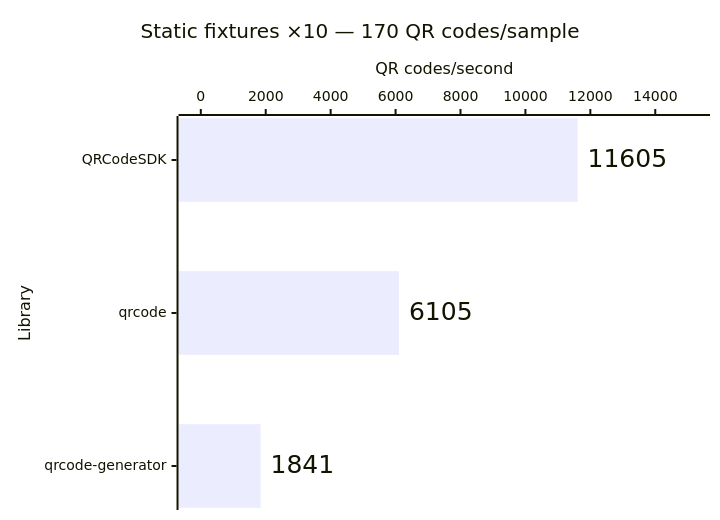
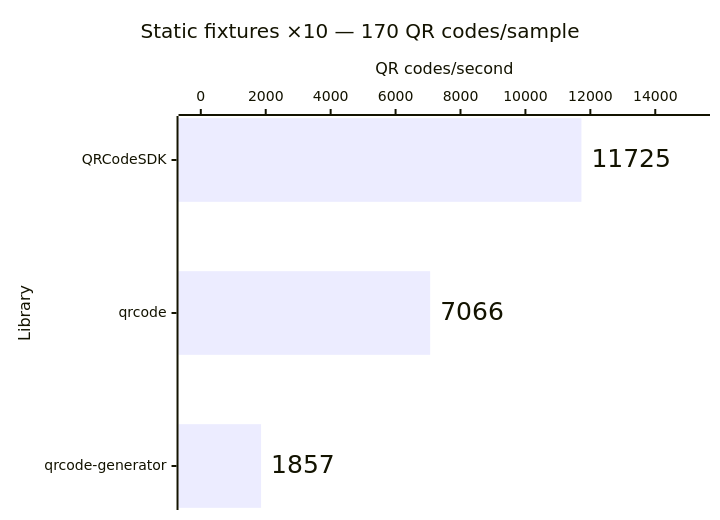
One commit to Dafnik/qrcodesdk changed the second of 14 diagrams in apps/docs/src/content/docs/learn/performance.md. Above: the diagram before and after it, drawn with Mermaid. The commit also changed other lines of this file, not shown here.

````diff
--- a/apps/docs/src/content/docs/learn/performance.md
+++ b/apps/docs/src/content/docs/learn/performance.md
@@ -45,15 +45,15 @@
 ```mermaid
 ---
 config:
   xyChart:
     showDataLabel: true
     showDataLabelOutsideBar: true
 ---
 xychart horizontal
   accTitle: Matrix generation: Static fixtures ×10 — 170 QR codes/sample
-  accDescr: Throughput calculated from median time. QRCodeSDK 11,605 QR codes per second, qrcode 6,105 QR codes per second, qrcode-generator 1,841 QR codes per second. Higher is better.
+  accDescr: Throughput calculated from median time. QRCodeSDK 11,725 QR codes per second, qrcode 7,066 QR codes per second, qrcode-generator 1,857 QR codes per second. Higher is better.
   title "Static fixtures ×10 — 170 QR codes/sample"
   x-axis "Library" ["QRCodeSDK", "qrcode", "qrcode-generator"]
   y-axis "QR codes/second" 0 --> 15000
-  bar [11605, 6105, 1841]
+  bar [11725, 7066, 1857]
 ```
````
